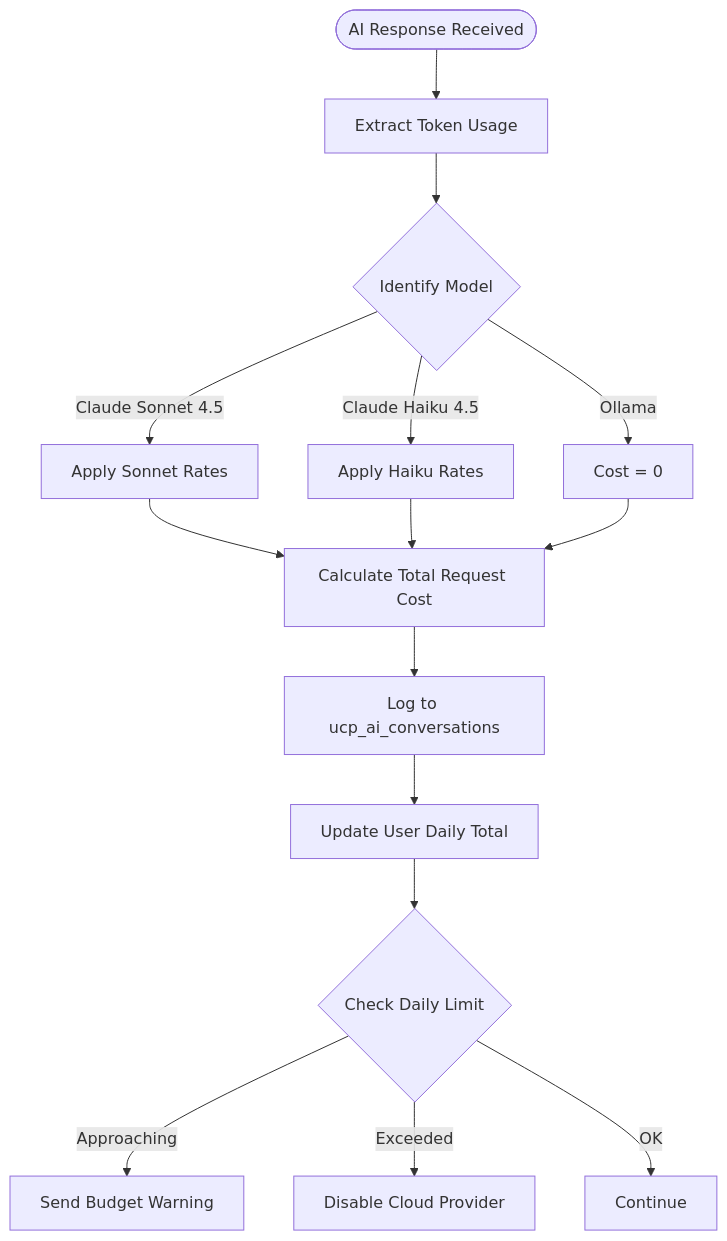
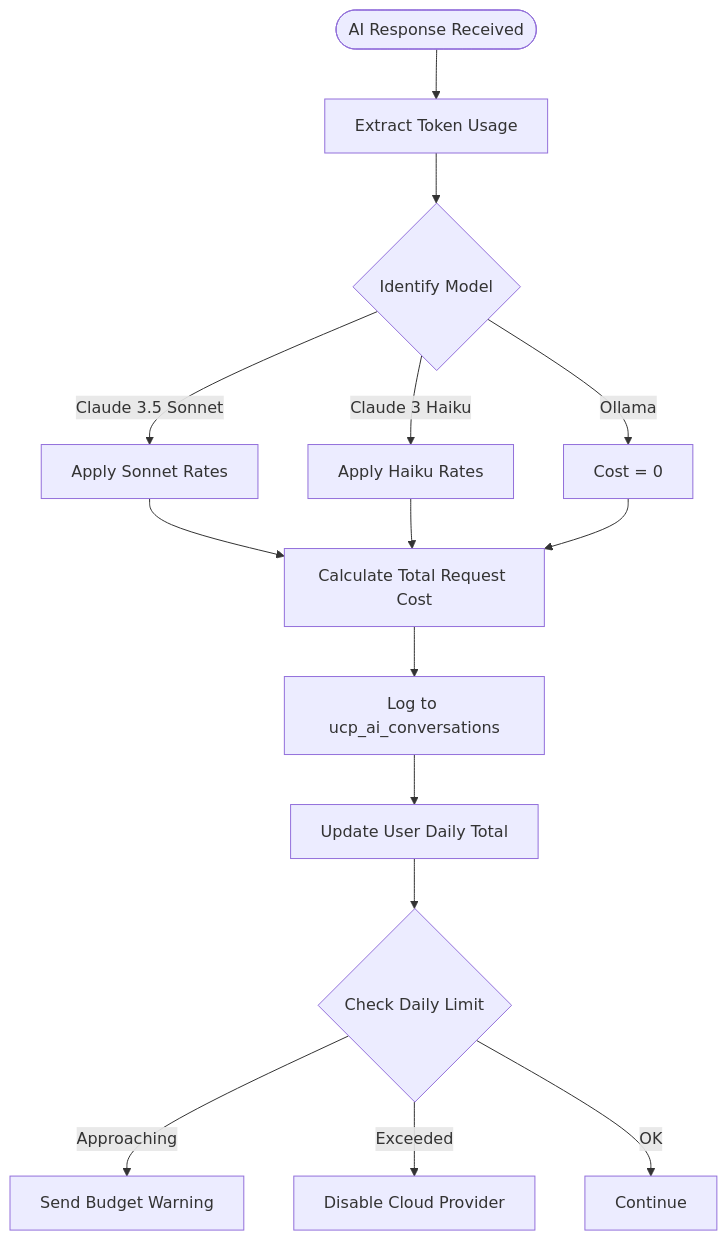
Before and after one commit to exatfrds67/umamusume-career-planner: the fifth of 7 diagrams in docs/01-flows/FLOW-006_AI_Advisory_System.md, drawn with Mermaid. The commit also changed other lines of this file and 58 other files, not shown here.

Commit message:
docs(flow): fix markdownlint errors in diagrams, flows, sequences, tech-flow, user-flows, and wireframes

````diff
--- a/docs/01-flows/FLOW-006_AI_Advisory_System.md
+++ b/docs/01-flows/FLOW-006_AI_Advisory_System.md
@@ -176,23 +170,23 @@
 ```mermaid
 flowchart TD
     Start([AI Response Received]) --> ExtractUsage[Extract Token Usage]
     
     ExtractUsage --> IdentifyModel{Identify Model}
     
-    IdentifyModel -->|Claude Sonnet 4.5| CalcSonnet[Apply Sonnet Rates]
-    IdentifyModel -->|Claude Haiku 4.5| CalcHaiku[Apply Haiku Rates]
+    IdentifyModel -->|Claude 3.5 Sonnet| CalcSonnet[Apply Sonnet Rates]
+    IdentifyModel -->|Claude 3 Haiku| CalcHaiku[Apply Haiku Rates]
     IdentifyModel -->|Ollama| CalcLocal[Cost = 0]
     
     CalcSonnet --> TotalCost[Calculate Total Request Cost]
     CalcHaiku --> TotalCost
     CalcLocal --> TotalCost
     
     TotalCost --> LogTransaction[Log to ucp_ai_conversations]
     LogTransaction --> Aggregator[Update User Daily Total]
     
     Aggregator --> CheckLimit{Check Daily Limit}
     
     CheckLimit -->|Approaching| SendWarning[Send Budget Warning]
     CheckLimit -->|Exceeded| BlockCloud[Disable Cloud Provider]
     CheckLimit -->|OK| Continue
 ```
````
